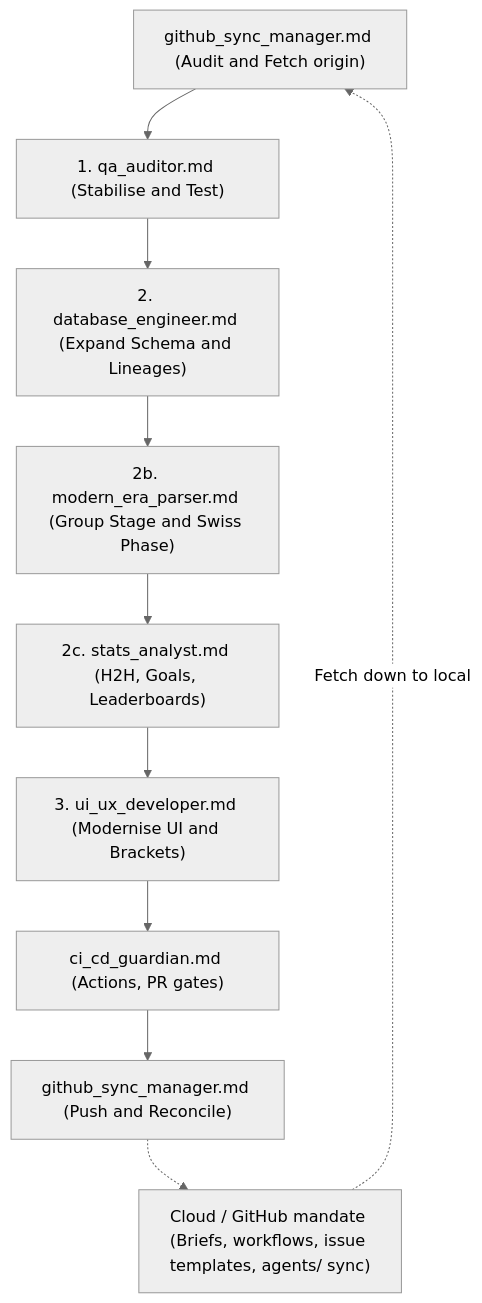
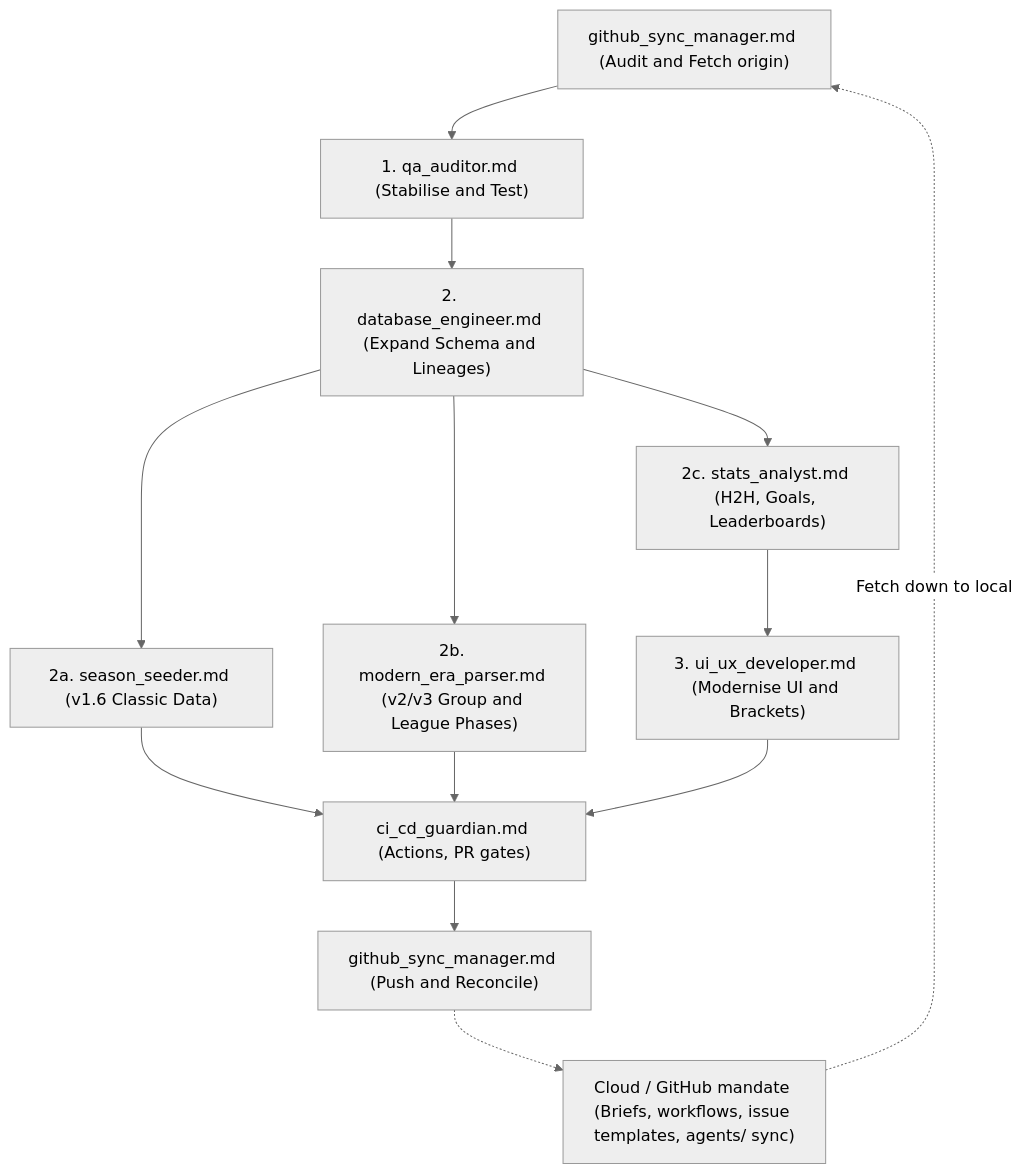
Before and after one commit to hawkers63/European-Football-Database: the diagram in agents/README.md, drawn with Mermaid (neutral theme). The commit also changed other lines of this file and 10 other files, not shown here.

Commit message:
docs: establish v1.5 baseline and v1.6 roadmap

````diff
--- a/agents/README.md
+++ b/agents/README.md
@@ -23,12 +24,15 @@
 ```mermaid
 graph TD
     SyncPre["github_sync_manager.md (Audit and Fetch origin)"] --> QA["1. qa_auditor.md (Stabilise and Test)"]
     QA --> DB["2. database_engineer.md (Expand Schema and Lineages)"]
-    DB --> Parser["2b. modern_era_parser.md (Group Stage and Swiss Phase)"]
-    Parser --> Stats["2c. stats_analyst.md (H2H, Goals, Leaderboards)"]
+    DB --> Seeder["2a. season_seeder.md (v1.6 Classic Data)"]
+    DB --> Parser["2b. modern_era_parser.md (v2/v3 Group and League Phases)"]
+    DB --> Stats["2c. stats_analyst.md (H2H, Goals, Leaderboards)"]
+    Seeder --> CICD["ci_cd_guardian.md (Actions, PR gates)"]
+    Parser --> CICD
     Stats --> UI["3. ui_ux_developer.md (Modernise UI and Brackets)"]
-    UI --> CICD["ci_cd_guardian.md (Actions, PR gates)"]
+    UI --> CICD
     CICD --> SyncPost["github_sync_manager.md (Push and Reconcile)"]
     SyncPost -.-> CloudAgent["Cloud / GitHub mandate (Briefs, workflows, issue templates, agents/ sync)"]
     CloudAgent -.->|Fetch down to local| SyncPre
 ```
````
